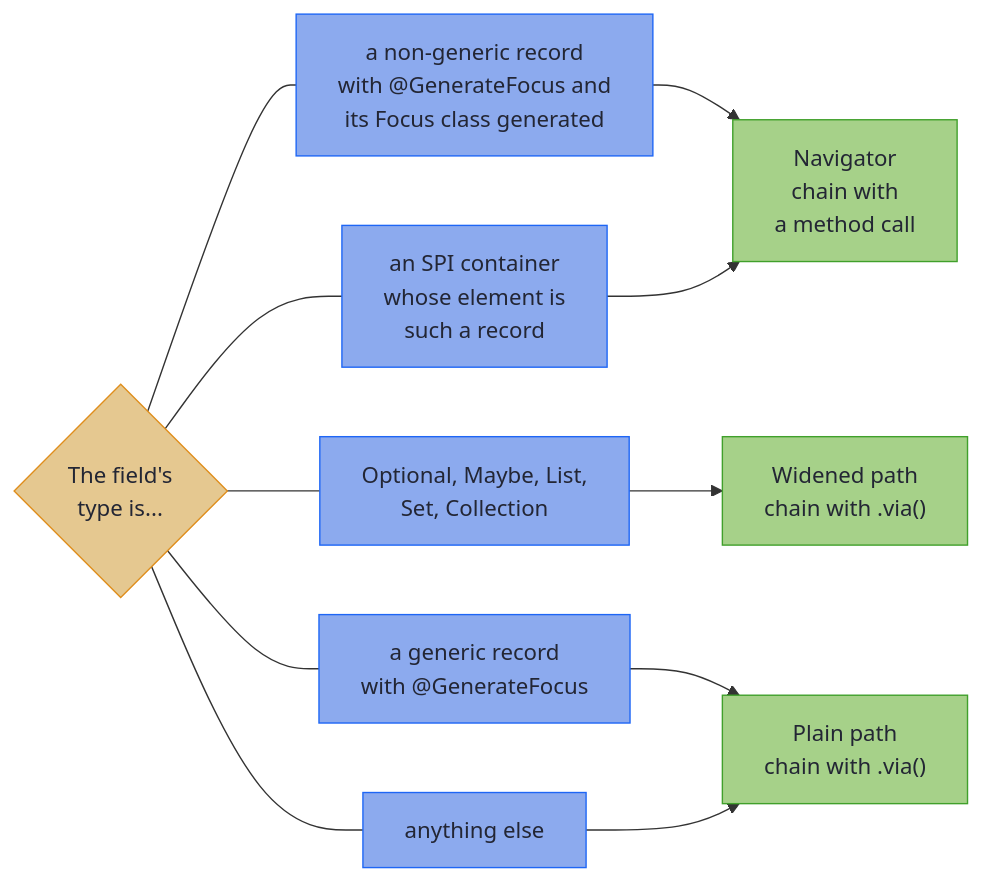
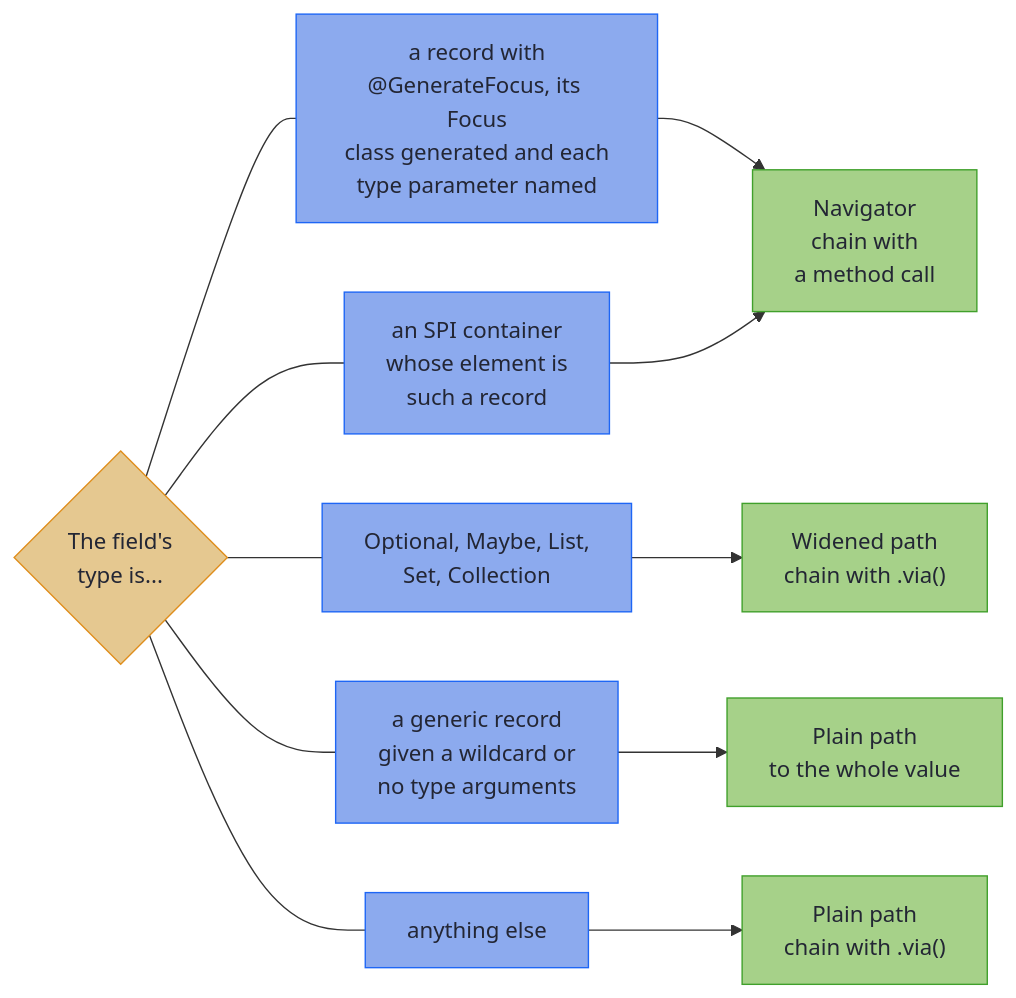
The diagram in hkj-book/src/optics/focus_navigation.md (higher-kinded-j/higher-kinded-j), drawn with Mermaid before and after one commit. The commit also changed other lines of this file and 14 other files, not shown here.

First line of the commit message:
A navigator reaches into a generic record, and a field given a wildcard says why it gets none (#739) (#1076)

````diff
--- a/hkj-book/src/optics/focus_navigation.md
+++ b/hkj-book/src/optics/focus_navigation.md
@@ -152,23 +152,23 @@
 ```mermaid
 flowchart LR
     accTitle: Which fields get a navigator
-    accDescr: A non-generic record annotated with GenerateFocus, whose Focus class was generated, gets a navigator, and so does an SPI container whose element is such a record. Optional, Maybe, List, Set and Collection fields are widened to a path chained with via. A generic record, or anything else, keeps a plain path chained with via.
+    accDescr: A record annotated with GenerateFocus, whose Focus class was generated and whose type parameters the field names, gets a navigator, and so does an SPI container whose element is such a record. Optional, Maybe, List, Set and Collection fields are widened to a path chained with via. A generic record given a wildcard or no type arguments keeps a plain path to the whole value. Anything else keeps a plain path chained with via.
     F{"The field's<br/>type is..."}
-    F --- R1["a non-generic record<br/>with @GenerateFocus and<br/>its Focus class generated"]
+    F --- R1["a record with<br/>@GenerateFocus, its Focus<br/>class generated and each<br/>type parameter named"]
     F --- R2["an SPI container<br/>whose element is<br/>such a record"]
     F --- R3["Optional, Maybe, List,<br/>Set, Collection"]
-    F --- R4["a generic record<br/>with @GenerateFocus"]
+    F --- R4["a generic record<br/>given a wildcard or<br/>no type arguments"]
     F --- R5["anything else"]
     R1 --> N["Navigator<br/>chain with<br/>a method call"]
     R2 --> N
     R3 --> W["Widened path<br/>chain with .via()"]
-    R4 --> P["Plain path<br/>chain with .via()"]
-    R5 --> P
+    R4 --> Q["Plain path<br/>to the whole value"]
+    R5 --> P["Plain path<br/>chain with .via()"]
 
     classDef decision fill:#e5c890,stroke:#df8e1d,color:#232634
     classDef step fill:#8caaee,stroke:#1e66f5,color:#232634
     classDef tier fill:#a6d189,stroke:#40a02b,color:#232634
     class F decision
     class R1,R2,R3,R4,R5 step
-    class N,W,P tier
+    class N,W,Q,P tier
 ```
````
